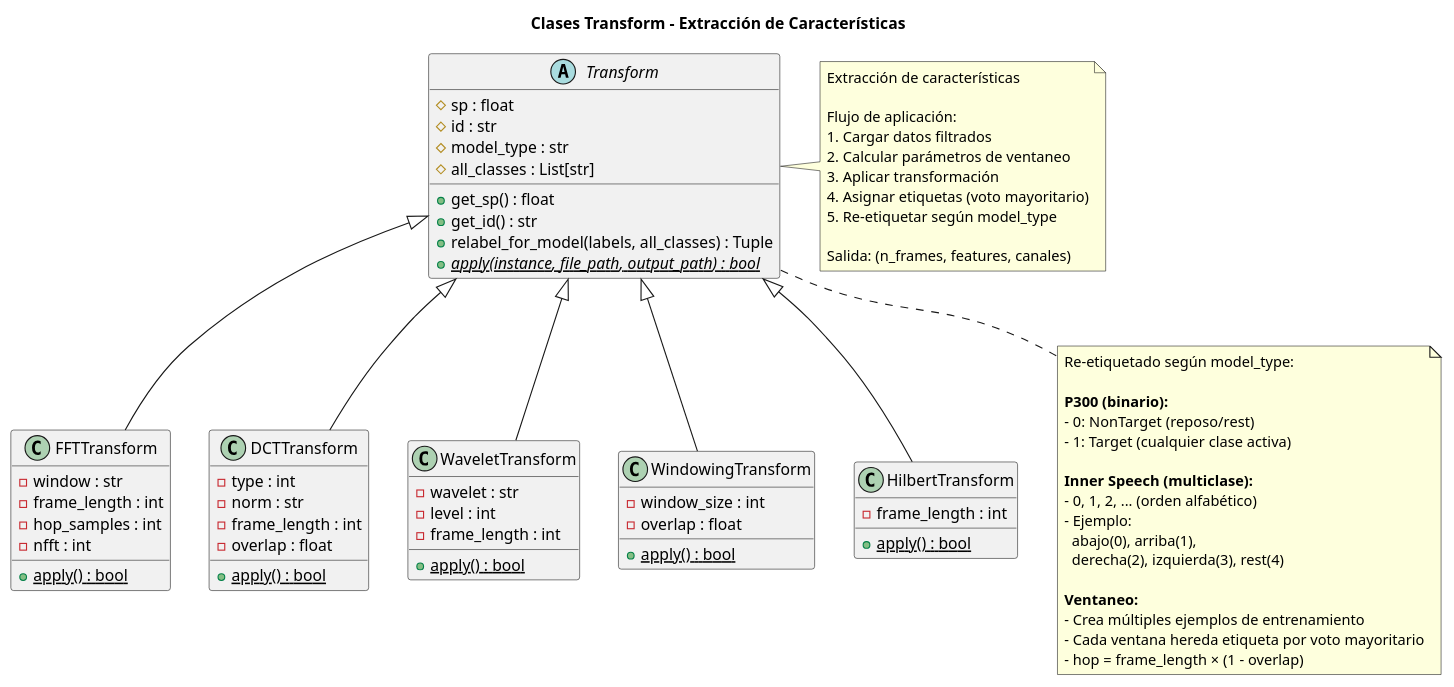
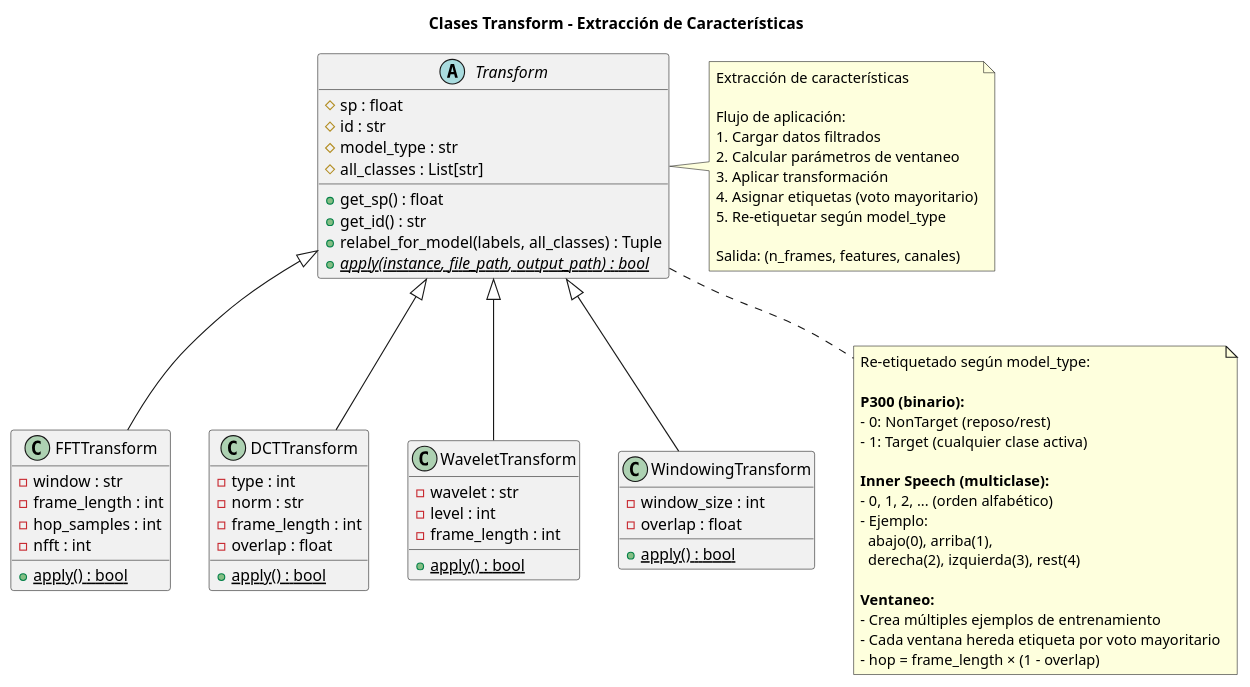
The diagram in doc/class_diagrams/transform_class.puml (Thegr8carlos/EGG-lab), drawn with PlantUML before and after one commit. The commit also changed 48 other files, not shown here.

```diff
--- a/doc/class_diagrams/transform_class.puml
+++ b/doc/class_diagrams/transform_class.puml
@@ -1,88 +1,82 @@
 @startuml
 title Clases Transform - Extracción de Características
 
 abstract class Transform {
   # sp : float
   # id : str
   # model_type : str
   # all_classes : List[str]
 
   + get_sp() : float
   + get_id() : str
   + relabel_for_model(labels, all_classes) : Tuple
   {abstract} {static} + apply(instance, file_path, output_path) : bool
 }
 
 class FFTTransform {
   - window : str
   - frame_length : int
   - hop_samples : int
   - nfft : int
   {static} + apply() : bool
 }
 
 class DCTTransform {
   - type : int
   - norm : str
   - frame_length : int
   - overlap : float
   {static} + apply() : bool
 }
 
 class WaveletTransform {
   - wavelet : str
   - level : int
   - frame_length : int
   {static} + apply() : bool
 }
 
 class WindowingTransform {
   - window_size : int
   - overlap : float
   {static} + apply() : bool
 }
 
-class HilbertTransform {
-  - frame_length : int
-  {static} + apply() : bool
-}
-
 Transform <|-- FFTTransform
 Transform <|-- DCTTransform
 Transform <|-- WaveletTransform
 Transform <|-- WindowingTransform
-Transform <|-- HilbertTransform
 
 note right of Transform
   Extracción de características
 
   Flujo de aplicación:
   1. Cargar datos filtrados
   2. Calcular parámetros de ventaneo
   3. Aplicar transformación
   4. Asignar etiquetas (voto mayoritario)
   5. Re-etiquetar según model_type
 
   Salida: (n_frames, features, canales)
 end note
 
 note bottom of Transform
   Re-etiquetado según model_type:
 
   **P300 (binario):**
   - 0: NonTarget (reposo/rest)
   - 1: Target (cualquier clase activa)
 
   **Inner Speech (multiclase):**
   - 0, 1, 2, ... (orden alfabético)
   - Ejemplo:
     abajo(0), arriba(1),
     derecha(2), izquierda(3), rest(4)
 
   **Ventaneo:**
   - Crea múltiples ejemplos de entrenamiento
   - Cada ventana hereda etiqueta por voto mayoritario
   - hop = frame_length × (1 - overlap)
 end note
 
 @enduml
```
